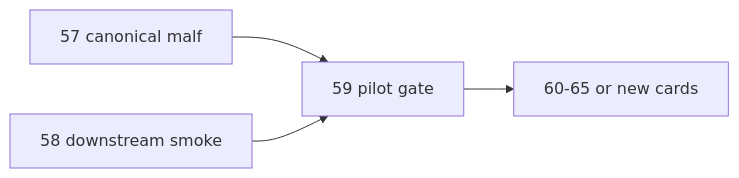
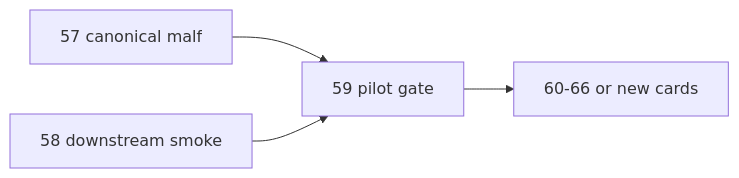
The diagram in docs/03-execution/59-mainline-middle-ledger-2010-truthfulness-gate-card-20260414.md (everything-is-simple/lifespan-0.01), drawn with Mermaid before and after one commit. The commit also changed other lines of this file and 14 other files, not shown here.

````diff
--- a/docs/03-execution/59-mainline-middle-ledger-2010-truthfulness-gate-card-20260414.md
+++ b/docs/03-execution/59-mainline-middle-ledger-2010-truthfulness-gate-card-20260414.md
@@ -48,6 +48,6 @@
 ```mermaid
 flowchart LR
     P57["57 canonical malf"] --> G59["59 pilot gate"]
     P58["58 downstream smoke"] --> G59
-    G59 --> NEXT["60-65 or new cards"]
+    G59 --> NEXT["60-66 or new cards"]
 ```
````
